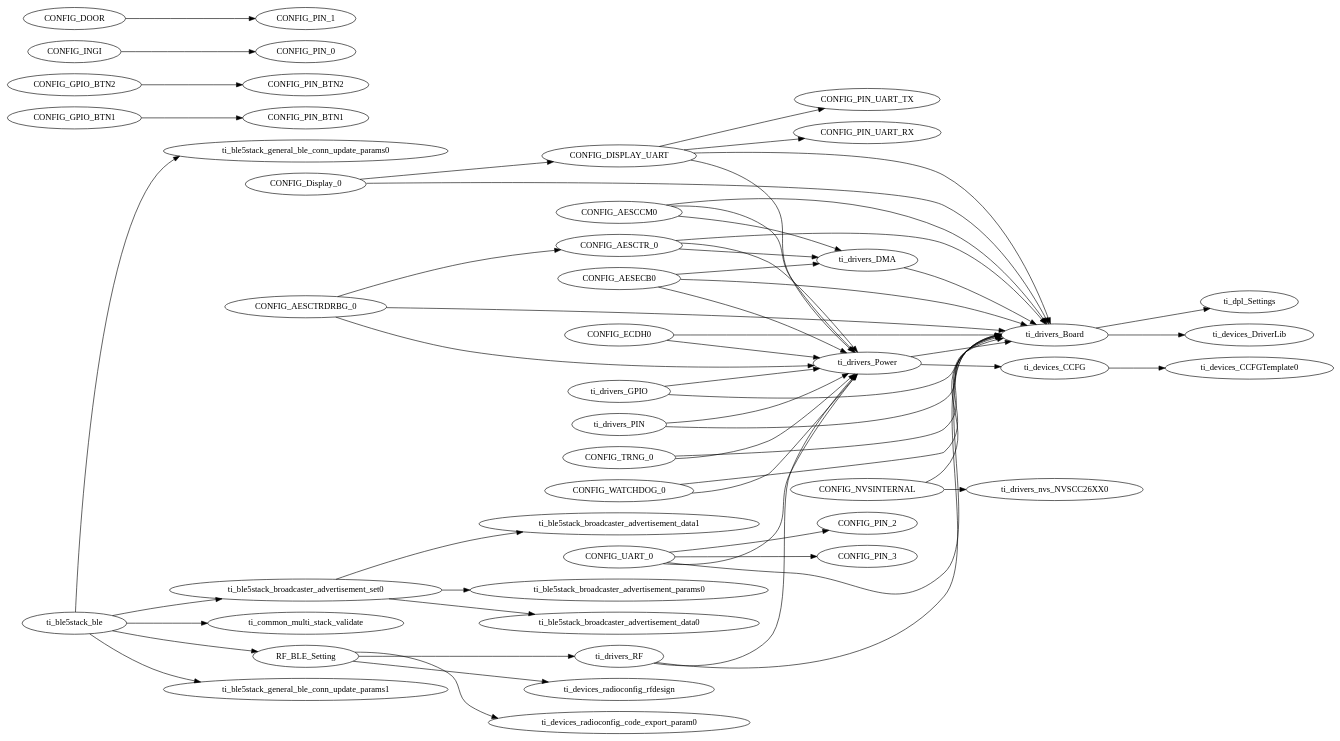
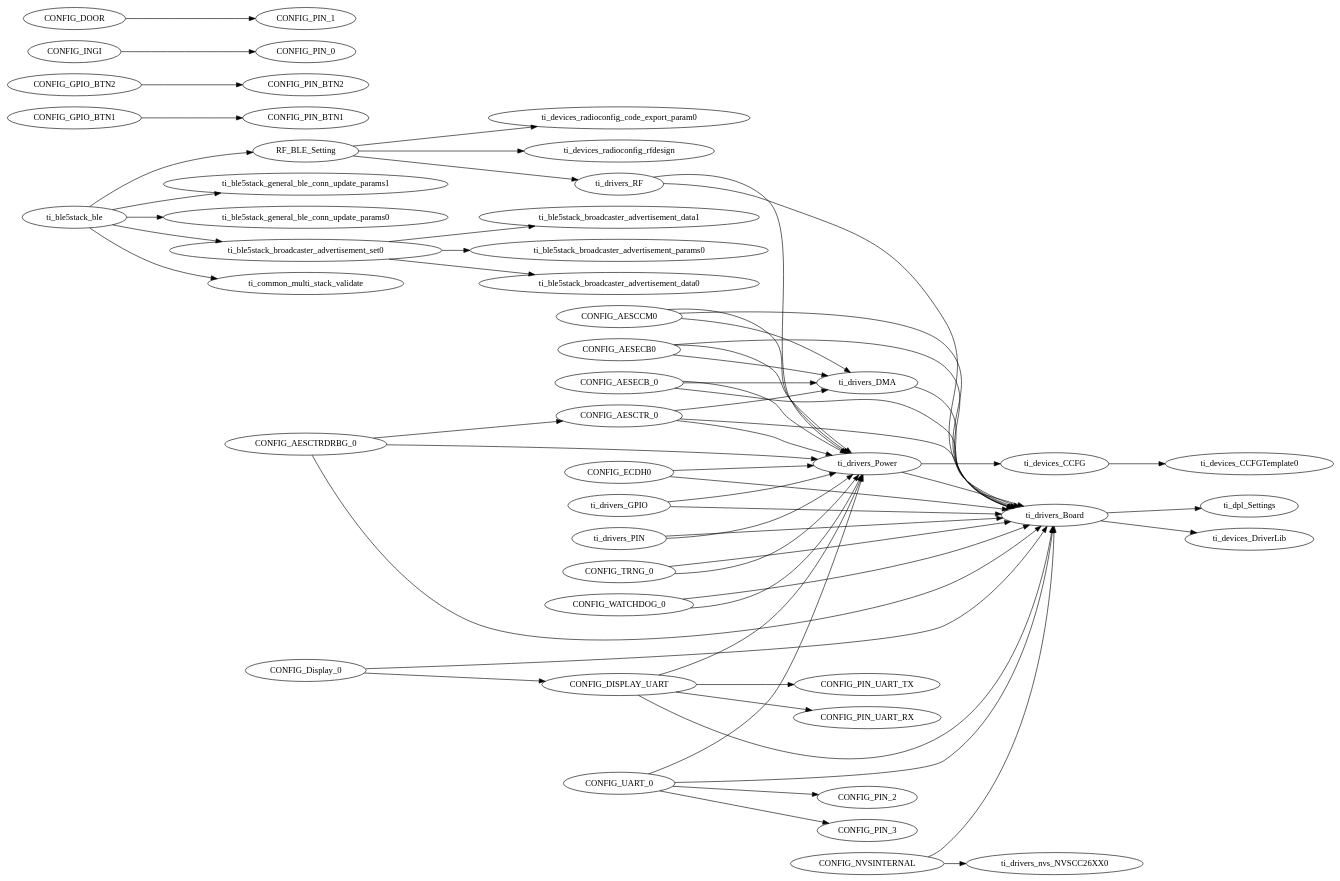
One commit to weliwang/IS006_OBDII changed the diagram in src/IS006_OBDII_multi_role_CC13X2R1_LAUNCHXL_tirtos_ccs/Release/syscfg/ti_utils_runtime_model.gv. Above: the diagram before and after it, drawn with Graphviz. The commit also changed 8 other files, not shown here.

```diff
--- a/src/IS006_OBDII_multi_role_CC13X2R1_LAUNCHXL_tirtos_ccs/Release/syscfg/ti_utils_runtime_model.gv
+++ b/src/IS006_OBDII_multi_role_CC13X2R1_LAUNCHXL_tirtos_ccs/Release/syscfg/ti_utils_runtime_model.gv
@@ -1,123 +1,126 @@
 digraph Model
 {
     graph[rankdir=LR]
 
     // mod.$name=/ti/ble5stack/ble
     ti_ble5stack_ble -> ti_common_multi_stack_validate
     ti_ble5stack_ble -> RF_BLE_Setting
     ti_ble5stack_ble -> ti_ble5stack_general_ble_conn_update_params1
     ti_ble5stack_ble -> ti_ble5stack_general_ble_conn_update_params0
     ti_ble5stack_ble -> ti_ble5stack_broadcaster_advertisement_set0
 
     // mod.$name=/ti/ble5stack/broadcaster/advertisement_data
 
     // mod.$name=/ti/ble5stack/broadcaster/advertisement_params
 
     // mod.$name=/ti/ble5stack/broadcaster/advertisement_set
     ti_ble5stack_broadcaster_advertisement_set0 -> ti_ble5stack_broadcaster_advertisement_params0
     ti_ble5stack_broadcaster_advertisement_set0 -> ti_ble5stack_broadcaster_advertisement_data0
     ti_ble5stack_broadcaster_advertisement_set0 -> ti_ble5stack_broadcaster_advertisement_data1
 
     // mod.$name=/ti/ble5stack/general/ble_conn_update_params
 
     // mod.$name=/ti/common/multi_stack_validate
 
     // mod.$name=/ti/devices/CCFG
     ti_devices_CCFG -> ti_devices_CCFGTemplate0
 
     // mod.$name=/ti/devices/CCFGTemplate
 
     // mod.$name=/ti/devices/DriverLib
 
     // mod.$name=/ti/devices/radioconfig/code_export_param
 
     // mod.$name=/ti/devices/radioconfig/rfdesign
 
     // mod.$name=/ti/devices/radioconfig/settings/ble
     RF_BLE_Setting -> ti_drivers_RF
     RF_BLE_Setting -> ti_devices_radioconfig_rfdesign
     RF_BLE_Setting -> ti_devices_radioconfig_code_export_param0
 
     // mod.$name=/ti/display/Display
     CONFIG_Display_0 -> ti_drivers_Board
     CONFIG_Display_0 -> CONFIG_DISPLAY_UART
 
     // mod.$name=/ti/dpl/Settings
 
     // mod.$name=/ti/drivers/AESCCM
     CONFIG_AESCCM0 -> ti_drivers_DMA
     CONFIG_AESCCM0 -> ti_drivers_Power
     CONFIG_AESCCM0 -> ti_drivers_Board
 
     // mod.$name=/ti/drivers/AESCTR
     CONFIG_AESCTR_0 -> ti_drivers_DMA
     CONFIG_AESCTR_0 -> ti_drivers_Power
     CONFIG_AESCTR_0 -> ti_drivers_Board
 
     // mod.$name=/ti/drivers/AESCTRDRBG
     CONFIG_AESCTRDRBG_0 -> ti_drivers_Power
     CONFIG_AESCTRDRBG_0 -> ti_drivers_Board
     CONFIG_AESCTRDRBG_0 -> CONFIG_AESCTR_0
 
     // mod.$name=/ti/drivers/AESECB
     CONFIG_AESECB0 -> ti_drivers_DMA
     CONFIG_AESECB0 -> ti_drivers_Power
     CONFIG_AESECB0 -> ti_drivers_Board
+    CONFIG_AESECB_0 -> ti_drivers_DMA
+    CONFIG_AESECB_0 -> ti_drivers_Power
+    CONFIG_AESECB_0 -> ti_drivers_Board
 
     // mod.$name=/ti/drivers/Board
     ti_drivers_Board -> ti_devices_DriverLib
     ti_drivers_Board -> ti_dpl_Settings
 
     // mod.$name=/ti/drivers/DMA
     ti_drivers_DMA -> ti_drivers_Board
 
     // mod.$name=/ti/drivers/ECDH
     CONFIG_ECDH0 -> ti_drivers_Power
     CONFIG_ECDH0 -> ti_drivers_Board
 
     // mod.$name=/ti/drivers/GPIO
     ti_drivers_GPIO -> ti_drivers_Power
     ti_drivers_GPIO -> ti_drivers_Board
     CONFIG_GPIO_BTN1 -> CONFIG_PIN_BTN1
     CONFIG_GPIO_BTN2 -> CONFIG_PIN_BTN2
     CONFIG_INGI -> CONFIG_PIN_0
     CONFIG_DOOR -> CONFIG_PIN_1
 
     // mod.$name=/ti/drivers/NVS
     CONFIG_NVSINTERNAL -> ti_drivers_Board
     CONFIG_NVSINTERNAL -> ti_drivers_nvs_NVSCC26XX0
 
     // mod.$name=/ti/drivers/PIN
     ti_drivers_PIN -> ti_drivers_Power
     ti_drivers_PIN -> ti_drivers_Board
 
     // mod.$name=/ti/drivers/Power
     ti_drivers_Power -> ti_devices_CCFG
     ti_drivers_Power -> ti_drivers_Board
 
     // mod.$name=/ti/drivers/RF
     ti_drivers_RF -> ti_drivers_Power
     ti_drivers_RF -> ti_drivers_Board
 
     // mod.$name=/ti/drivers/RTOS
 
     // mod.$name=/ti/drivers/TRNG
     CONFIG_TRNG_0 -> ti_drivers_Power
     CONFIG_TRNG_0 -> ti_drivers_Board
 
     // mod.$name=/ti/drivers/UART
     CONFIG_DISPLAY_UART -> ti_drivers_Power
     CONFIG_DISPLAY_UART -> ti_drivers_Board
     CONFIG_UART_0 -> ti_drivers_Power
     CONFIG_UART_0 -> ti_drivers_Board
     CONFIG_DISPLAY_UART -> CONFIG_PIN_UART_TX
     CONFIG_DISPLAY_UART -> CONFIG_PIN_UART_RX
     CONFIG_UART_0 -> CONFIG_PIN_2
     CONFIG_UART_0 -> CONFIG_PIN_3
 
     // mod.$name=/ti/drivers/Watchdog
     CONFIG_WATCHDOG_0 -> ti_drivers_Power
     CONFIG_WATCHDOG_0 -> ti_drivers_Board
 
     // mod.$name=/ti/drivers/nvs/NVSCC26XX
 }
```
